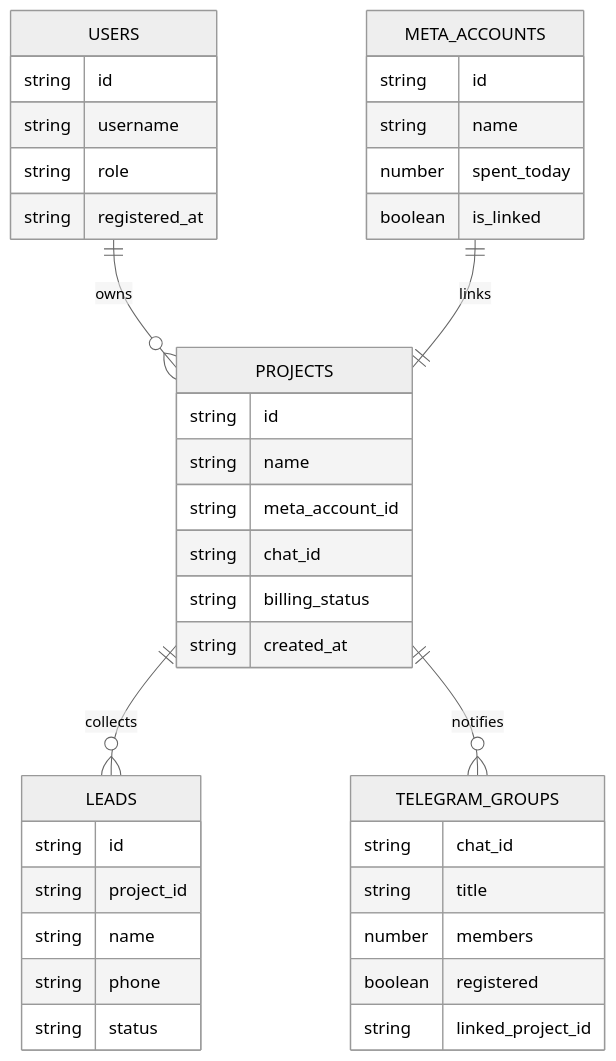
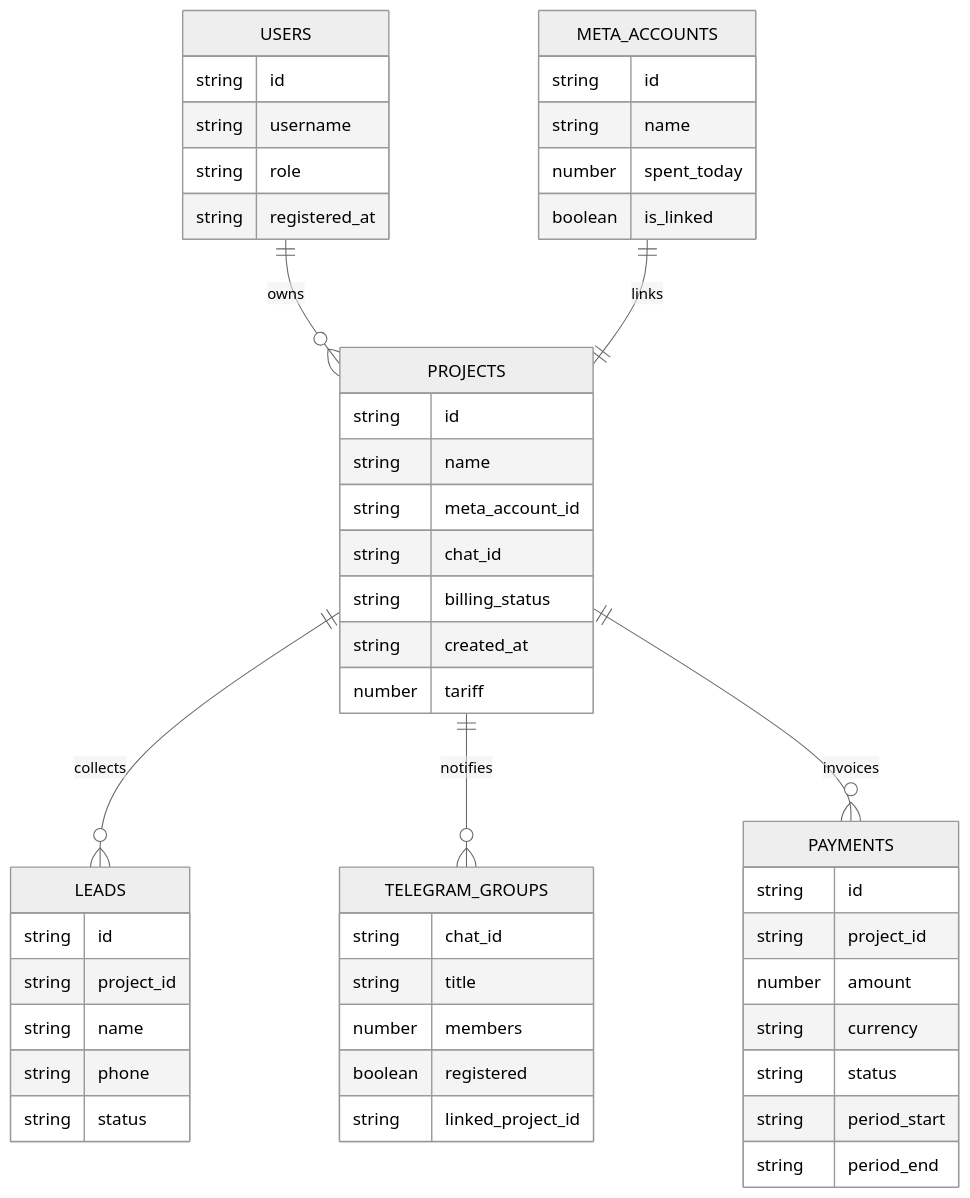
One commit to buyclientuz-pixel/targetbot changed the third of 3 diagrams in README.md. Above: the diagram before and after it, drawn with Mermaid (neutral theme). The commit also changed other lines of this file and 4 other files, not shown here.

````diff
--- a/README.md
+++ b/README.md
@@ -134,42 +144,53 @@
 ```mermaid
 erDiagram
     USERS ||--o{ PROJECTS : owns
     PROJECTS ||--o{ LEADS : collects
     META_ACCOUNTS ||--|| PROJECTS : links
     PROJECTS ||--o{ TELEGRAM_GROUPS : notifies
+    PROJECTS ||--o{ PAYMENTS : invoices
 
     USERS {
         string id
         string username
         string role
         string registered_at
     }
     META_ACCOUNTS {
         string id
         string name
         number spent_today
         boolean is_linked
     }
     PROJECTS {
         string id
         string name
         string meta_account_id
         string chat_id
         string billing_status
         string created_at
+        number tariff
     }
     LEADS {
         string id
         string project_id
         string name
         string phone
         string status
     }
     TELEGRAM_GROUPS {
         string chat_id
         string title
         number members
         boolean registered
         string linked_project_id
     }
+    PAYMENTS {
+        string id
+        string project_id
+        number amount
+        string currency
+        string status
+        string period_start
+        string period_end
+    }
 ```
````
